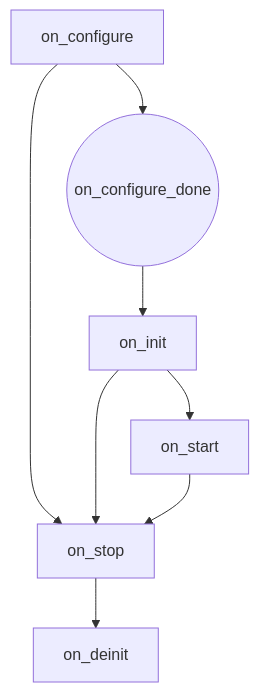
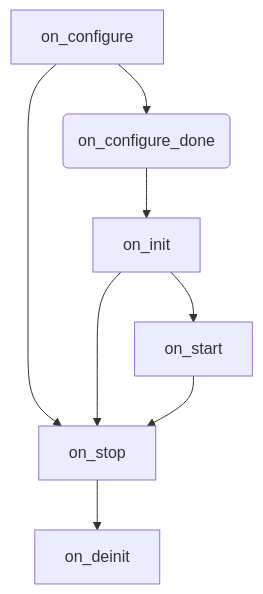
One commit to TEN-framework/ten_framework changed the diagram in docs/ten_framework/ten_packages/extension.md. Above: the diagram before and after it, drawn with Mermaid.

````diff
--- a/docs/ten_framework/ten_packages/extension.md
+++ b/docs/ten_framework/ten_packages/extension.md
@@ -27,10 +27,10 @@
 ```mermaid
 graph TD;
-    on_configure-->on_configure_done((on_configure_done))
+    on_configure-->on_configure_done(on_configure_done)
     on_configure_done-->on_init;
     on_configure-->on_stop;
     on_init-->on_start;
     on_init-->on_stop;
     on_start-->on_stop;
     on_stop-->on_deinit;
 ```
````
